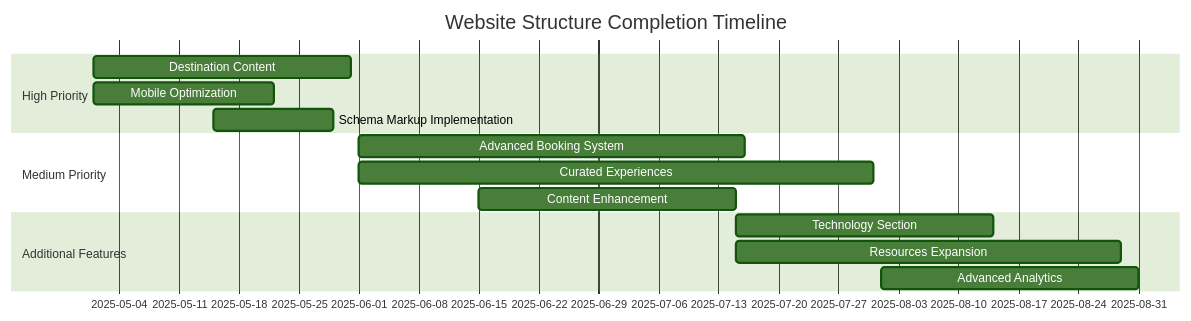
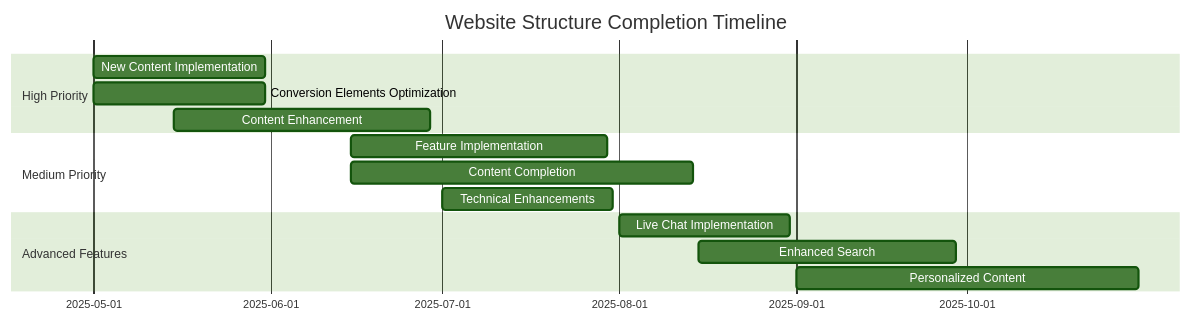
Before and after one commit to szemkoff/azurecharters: the diagram in docs/WEBSITE_STRUCTURE_ALIGNMENT.md, drawn with Mermaid (forest theme). The commit also changed other lines of this file and 2 other files, not shown here.

Commit message:
Update documentation to reflect sales-optimized website structure and implementation priorities

````diff
--- a/docs/WEBSITE_STRUCTURE_ALIGNMENT.md
+++ b/docs/WEBSITE_STRUCTURE_ALIGNMENT.md
@@ -137,17 +147,17 @@
 ```mermaid
 gantt
     title Website Structure Completion Timeline
     dateFormat  YYYY-MM-DD
     section High Priority
-    Destination Content           :a1, 2025-05-01, 30d
-    Mobile Optimization      :a2, 2025-05-01, 21d
-    Schema Markup Implementation      :a3, 2025-05-15, 14d
+    New Content Implementation       :a1, 2025-05-01, 30d
+    Conversion Elements Optimization :a2, 2025-05-01, 30d
+    Content Enhancement             :a3, 2025-05-15, 45d
     section Medium Priority
-    Advanced Booking System      :b1, 2025-06-01, 45d
-    Curated Experiences     :b2, 2025-06-01, 60d
-    Content Enhancement   :b3, 2025-06-15, 30d
-    section Additional Features
-    Technology Section       :c1, 2025-07-15, 30d
-    Resources Expansion        :c2, 2025-07-15, 45d
-    Advanced Analytics    :c3, 2025-08-01, 30d
+    Feature Implementation      :b1, 2025-06-15, 45d
+    Content Completion          :b2, 2025-06-15, 60d
+    Technical Enhancements      :b3, 2025-07-01, 30d
+    section Advanced Features
+    Live Chat Implementation    :c1, 2025-08-01, 30d
+    Enhanced Search             :c2, 2025-08-15, 45d
+    Personalized Content        :c3, 2025-09-01, 60d
 ```
````
